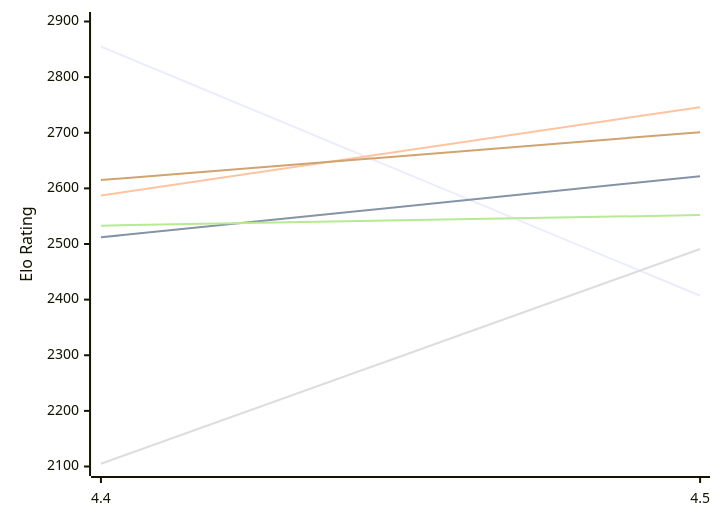
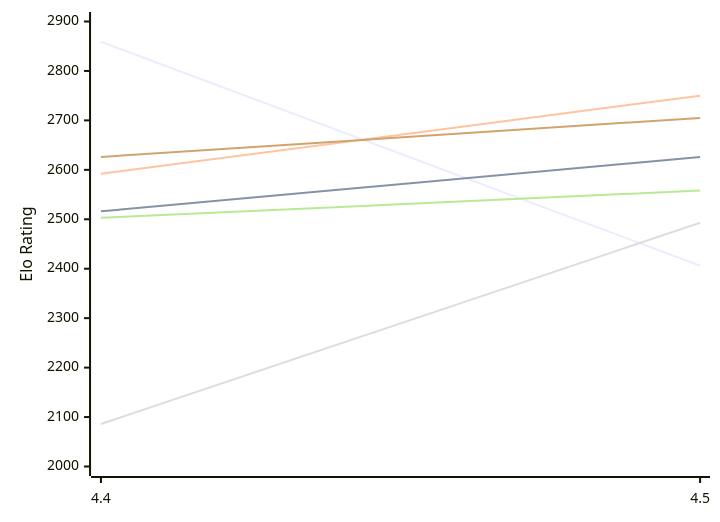
Before and after one commit to computer-chess-index/cci: the first of 2 diagrams in engines/Eubos.md, drawn with Mermaid. The commit also changed other lines of this file, not shown here.

Commit message:
Update CCI Ratings (ELO VLTC) - 2026-11-20

````diff
--- a/engines/Eubos.md
+++ b/engines/Eubos.md
@@ -52,12 +52,12 @@
 ```mermaid
 %%{init: {"theme":"base","themeVariables":{"seriesColors:['#a3a3a3','#222221','#faa371']}}}%%
 xychart-beta
   x-axis ["4.4", "4.5"]
-  y-axis "Elo Rating" 2100 --> 2900
-  line "E1: STC (8.0+0.08s)" [2855, 2407]
-  line "E1: LTC (60.0+0.60s)" [2512, 2622]
-  line "E1: VLTC (2m24s+1.12s)" [2587, 2746]
-  line "P1: STC (8.0+0.08s)" [2105, 2491]
-  line "P1: LTC (60.0+0.60s)" [2533, 2552]
-  line "P1: VLTC (2m24s+1.12s)" [2615, 2701]
+  y-axis "Elo Rating" 2000 --> 2900
+  line "E1: STC (8.0+0.08s)" [2859, 2406]
+  line "E1: LTC (60.0+0.60s)" [2516, 2626]
+  line "E1: VLTC (2m24s+1.12s)" [2592, 2750]
+  line "P1: STC (8.0+0.08s)" [2086, 2493]
+  line "P1: LTC (60.0+0.60s)" [2503, 2558]
+  line "P1: VLTC (2m24s+1.12s)" [2626, 2705]
 ```
````
